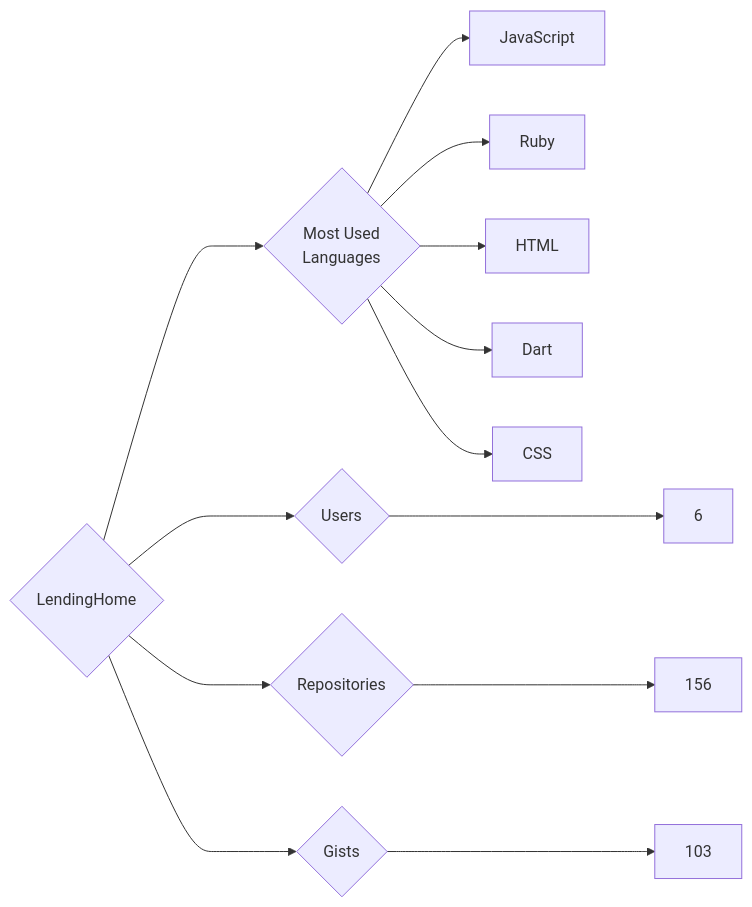
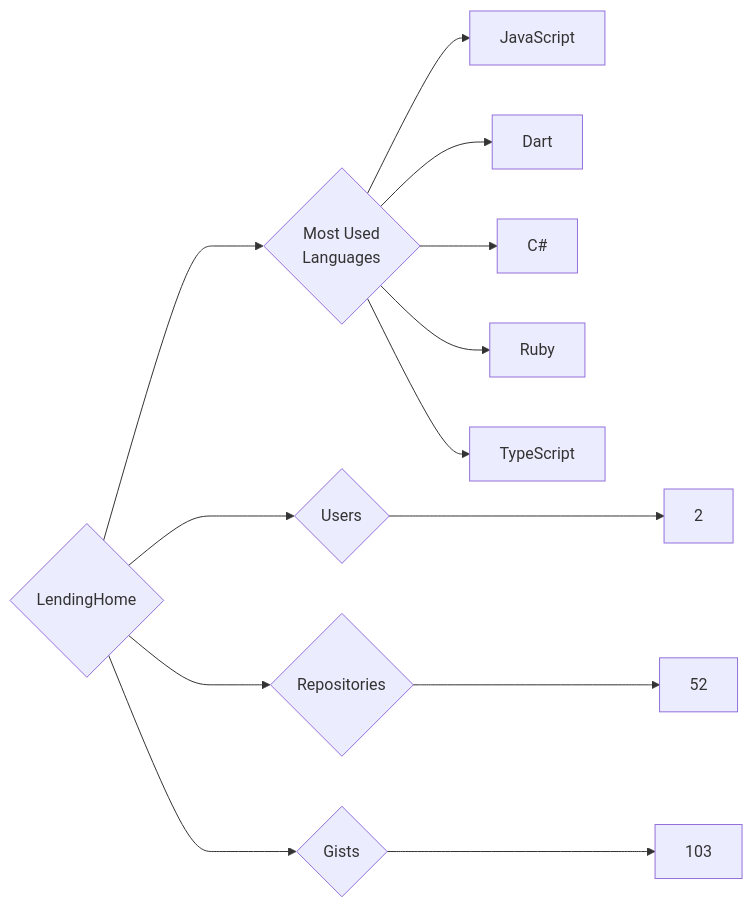
One commit to trickest/insiders changed the diagram in targets/LendingHome/README.md. Above: the diagram before and after it, drawn with Mermaid. The commit also changed 718 other files, not shown here.

````diff
--- a/targets/LendingHome/README.md
+++ b/targets/LendingHome/README.md
@@ -3,13 +3,13 @@
 ```mermaid
 graph LR
 COMPANY_NAME{LendingHome}
-COMPANY_NAME ---> U{Users} ---> UN[6]
-COMPANY_NAME ---> R{Repositories} ---> RN[156]
+COMPANY_NAME ---> U{Users} ---> UN[2]
+COMPANY_NAME ---> R{Repositories} ---> RN[52]
 COMPANY_NAME ---> G{Gists} ---> GN[103]
 COMPANY_NAME ---> ML{Most Used<br>Languages}
 ML --> JavaScript[JavaScript]
+ML --> Dart[Dart]
+ML --> C#[C#]
 ML --> Ruby[Ruby]
-ML --> HTML[HTML]
-ML --> Dart[Dart]
-ML --> CSS[CSS]
+ML --> TypeScript[TypeScript]
 ```
````
